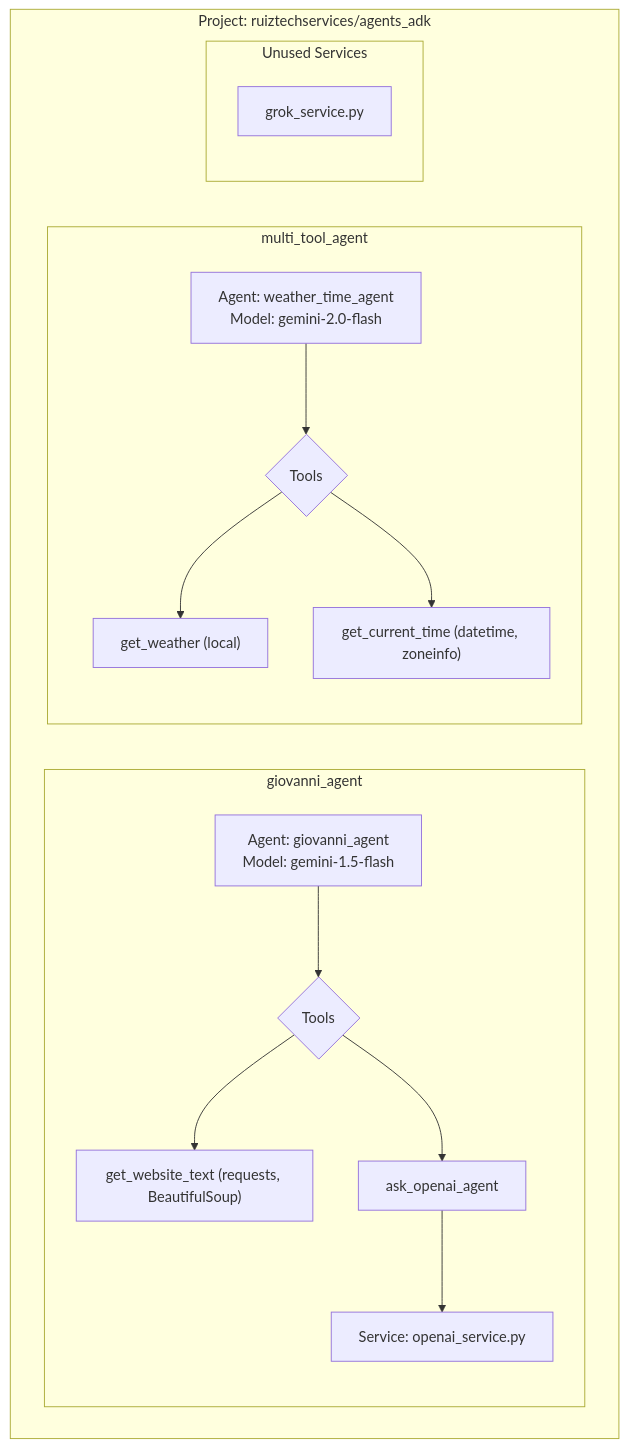
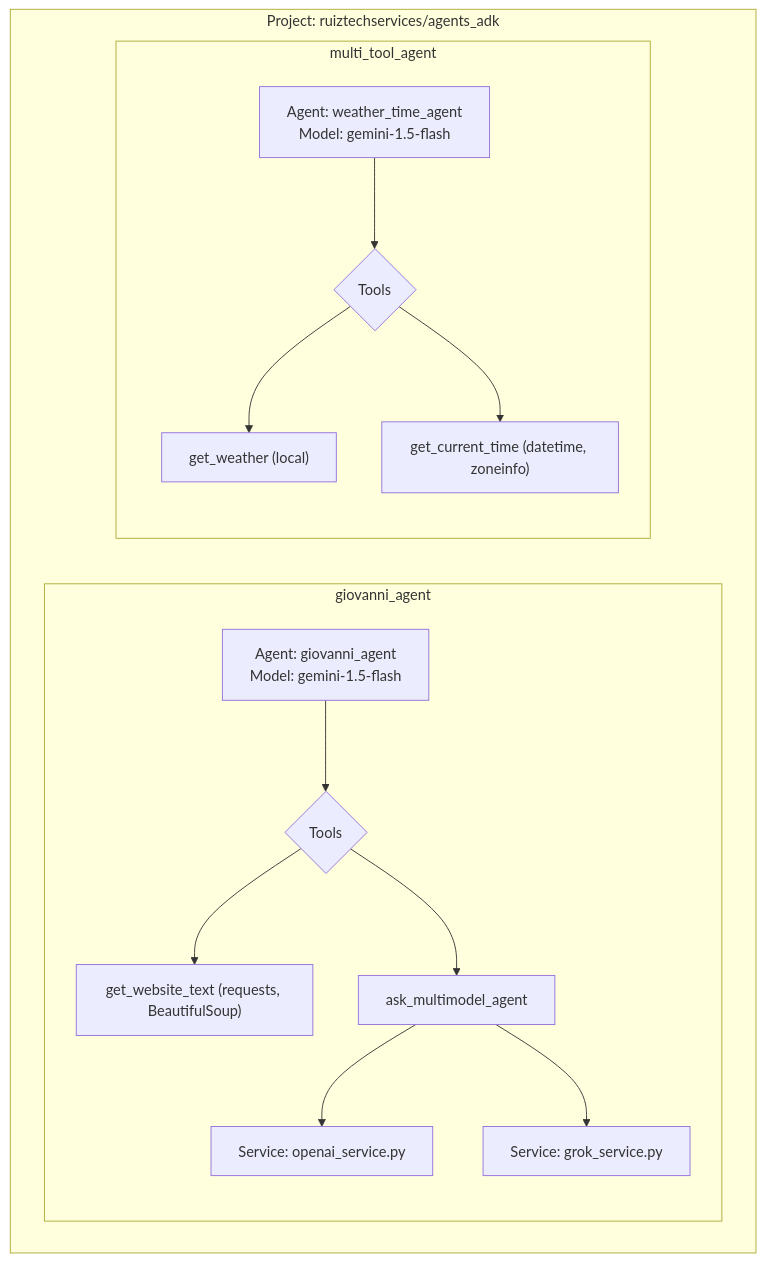
One commit to ruizTechServices/agents_adk changed the diagram in README.md. Above: the diagram before and after it, drawn with Mermaid. The commit also changed other lines of this file and 4 other files, not shown here.

Commit message:
feat: implement multi-model agent with OpenAI, Grok, and web text extraction capabilities

````diff
--- a/README.md
+++ b/README.md
@@ -28,21 +27,18 @@
 ```mermaid
 graph TD
     subgraph "Project: ruiztechservices/agents_adk"
         subgraph "giovanni_agent"
             A["Agent: giovanni_agent<br>Model: gemini-1.5-flash"] --> B{Tools};
             B --> B1["get_website_text (requests, BeautifulSoup)"];
-            B --> B2[ask_openai_agent];
+            B --> B2[ask_multimodel_agent];
             B2 --> C[Service: openai_service.py];
+            B2 --> F[Service: grok_service.py];
         end
 
         subgraph "multi_tool_agent"
-            D["Agent: weather_time_agent<br>Model: gemini-2.0-flash"] --> E{Tools};
+            D["Agent: weather_time_agent<br>Model: gemini-1.5-flash"] --> E{Tools};
             E --> E1["get_weather (local)"];
             E --> E2["get_current_time (datetime, zoneinfo)"];
         end
-
-        subgraph "Unused Services"
-            F[grok_service.py];
-        end
     end
 ```
````
